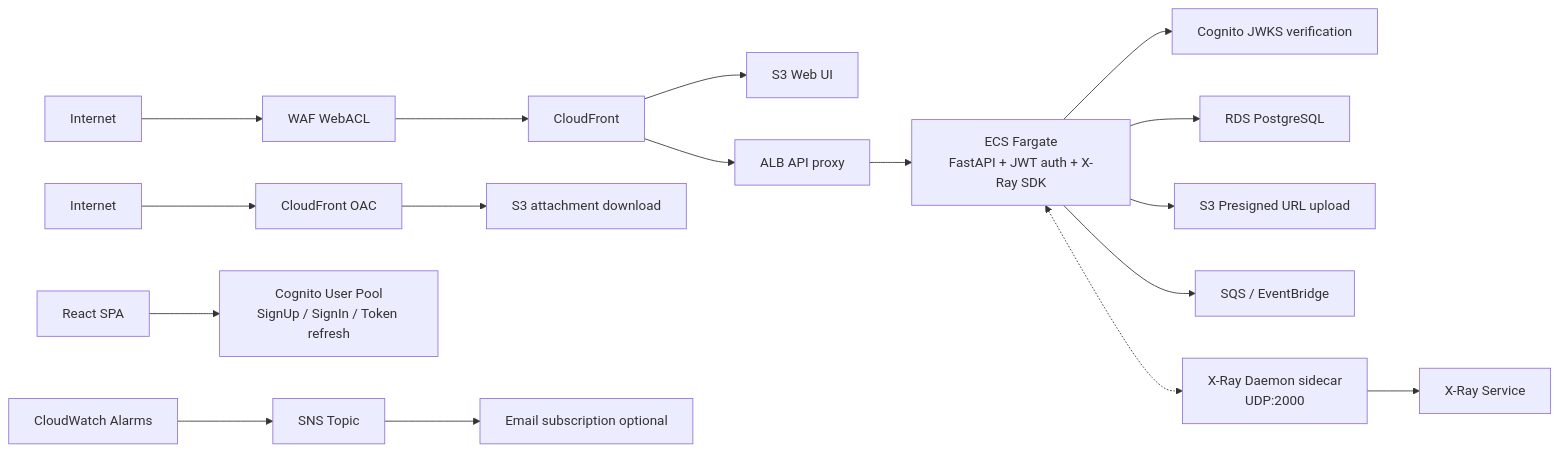
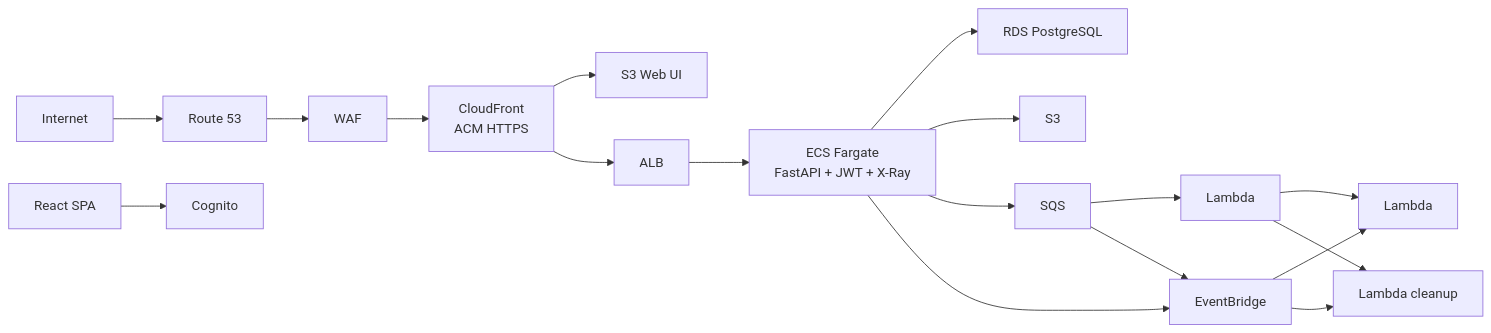
One commit to masumi82/sample_cicd changed the diagram in CLAUDE.md. Above: the diagram before and after it, drawn with Mermaid. The commit also changed other lines of this file and 9 other files, not shown here.

````diff
--- a/CLAUDE.md
+++ b/CLAUDE.md
@@ -57,19 +43,10 @@
 ```mermaid
 graph LR
-    INET[Internet] --> WAF[WAF WebACL]
-    WAF --> CF[CloudFront]
+    INET[Internet] --> R53[Route 53] --> WAF[WAF] --> CF[CloudFront<br>ACM HTTPS]
     CF --> S3_UI[S3 Web UI]
-    CF --> ALB[ALB API proxy]
-    ALB --> ECS[ECS Fargate<br>FastAPI + JWT auth + X-Ray SDK]
-    ECS --> COGNITO_V[Cognito JWKS verification]
+    CF --> ALB[ALB] --> ECS[ECS Fargate<br>FastAPI + JWT + X-Ray]
     ECS --> RDS[RDS PostgreSQL]
-    ECS --> S3_UP[S3 Presigned URL upload]
-    ECS --> SQS_EB[SQS / EventBridge]
-    ECS <-.-> XRAY_D[X-Ray Daemon sidecar<br>UDP:2000]
-    XRAY_D --> XRAY_S[X-Ray Service]
-
-    INET2[Internet] --> CF_ATT[CloudFront OAC] --> S3_ATT[S3 attachment download]
-    SPA[React SPA] --> COGNITO[Cognito User Pool<br>SignUp / SignIn / Token refresh]
-
-    CW[CloudWatch Alarms] --> SNS[SNS Topic] --> EMAIL[Email subscription optional]
+    ECS --> S3[S3] & SQS[SQS] & EB[EventBridge]
+    SQS --> L1[Lambda] & EB --> L2[Lambda] & L3[Lambda cleanup]
+    SPA[React SPA] --> COGNITO[Cognito]
 ```
````
